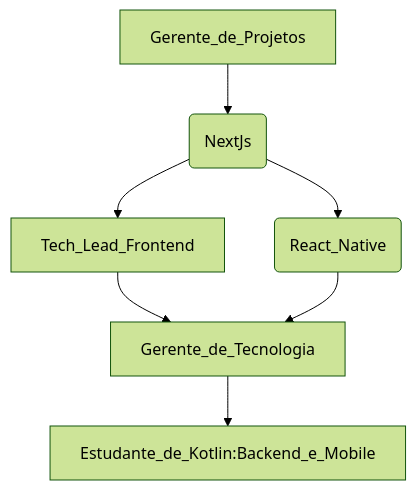
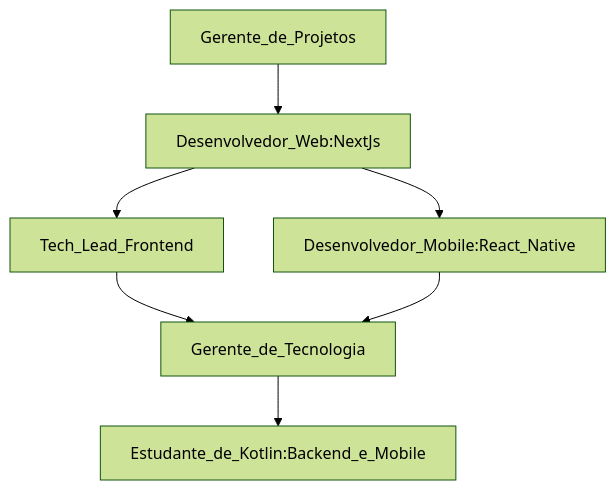
One commit to FranciscoMaik/FranciscoMaik changed the diagram in README.md. Above: the diagram before and after it, drawn with Mermaid (forest theme).

Commit message:
feat: change diagram

````diff
--- a/README.md
+++ b/README.md
@@ -40,9 +40,9 @@
 ```mermaid
 graph TD
-    Gerente_de_Projetos --> Desenvolvedor_Web_(NextJs)
-    Desenvolvedor_Web_(NextJs) --> Tech_Lead_Frontend
-    Desenvolvedor_Web_(NextJs) --> Desenvolvedor_Mobile_(React_Native)
+    Gerente_de_Projetos --> Desenvolvedor_Web:NextJs
+    Desenvolvedor_Web:NextJs --> Tech_Lead_Frontend
+    Desenvolvedor_Web:NextJs --> Desenvolvedor_Mobile:React_Native
     Tech_Lead_Frontend --> Gerente_de_Tecnologia
-    Desenvolvedor_Mobile_(React_Native) --> Gerente_de_Tecnologia
+    Desenvolvedor_Mobile:React_Native --> Gerente_de_Tecnologia
     Gerente_de_Tecnologia --> Estudante_de_Kotlin:Backend_e_Mobile
 ```
````
